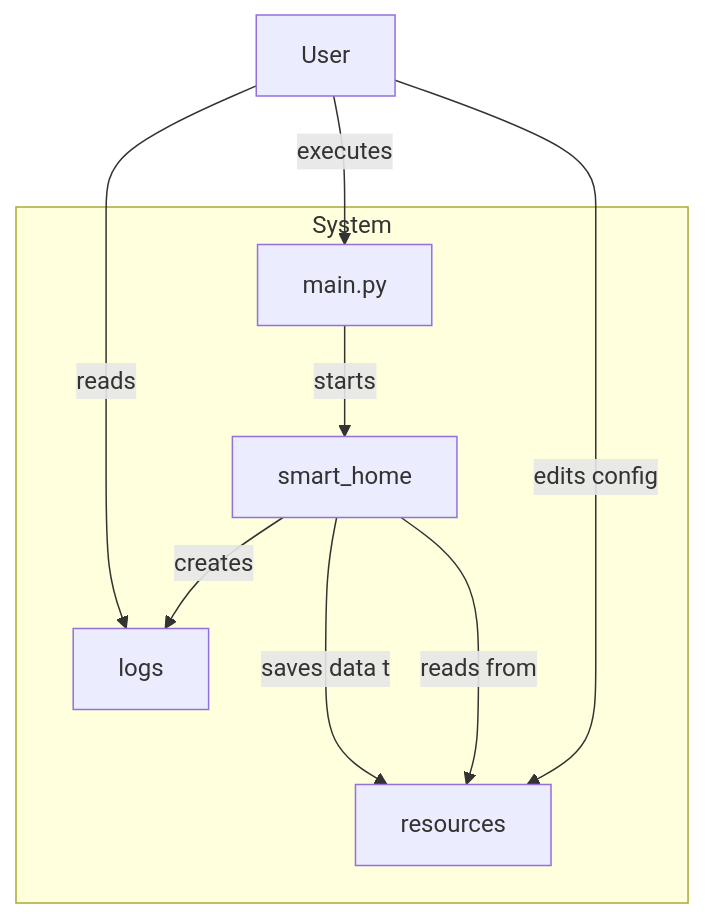
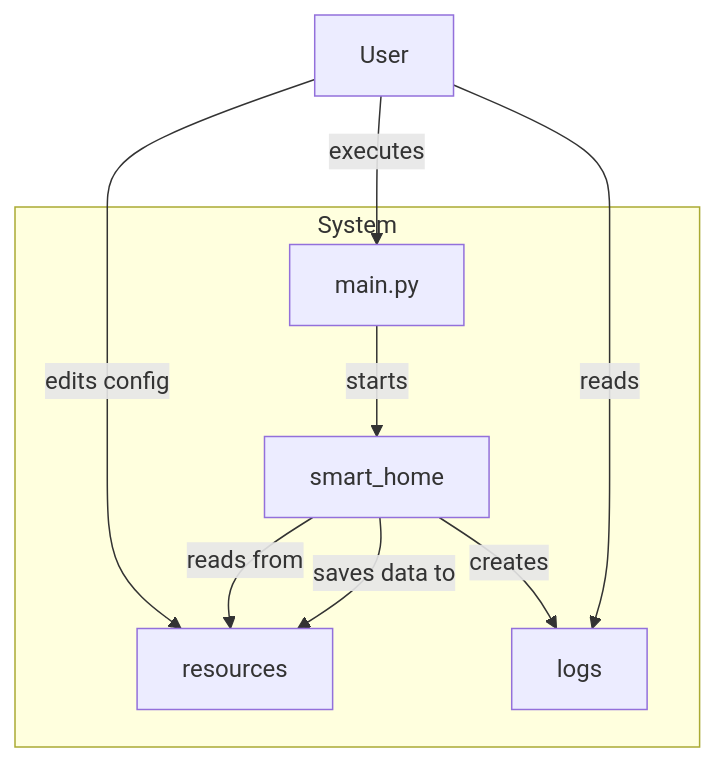
One commit to 930C/PySmartHome changed the third of 8 diagrams in docs/doku.md. Above: the diagram before and after it, drawn with Mermaid. The commit also changed other lines of this file, not shown here.

````diff
--- a/docs/doku.md
+++ b/docs/doku.md
@@ -240,12 +271,12 @@
 ```mermaid
 graph TD
-    u[User] --executes--> main[main.py]
-    u --edits config--> r[resources]
+    u[User] -- executes --> main[main.py]
+    u -- edits config --> r[resources]
     subgraph System
-        main --starts--> sh[smart_home]
+        main -- starts --> sh[smart_home]
         sh -- reads from --> r[resources]
-        sh --saves data to--> r
-        sh --creates--> l[logs]
+        sh -- saves data to --> r
+        sh -- creates --> l[logs]
     end
-    u --reads--> l
+    u -- reads --> l
 ```
````
